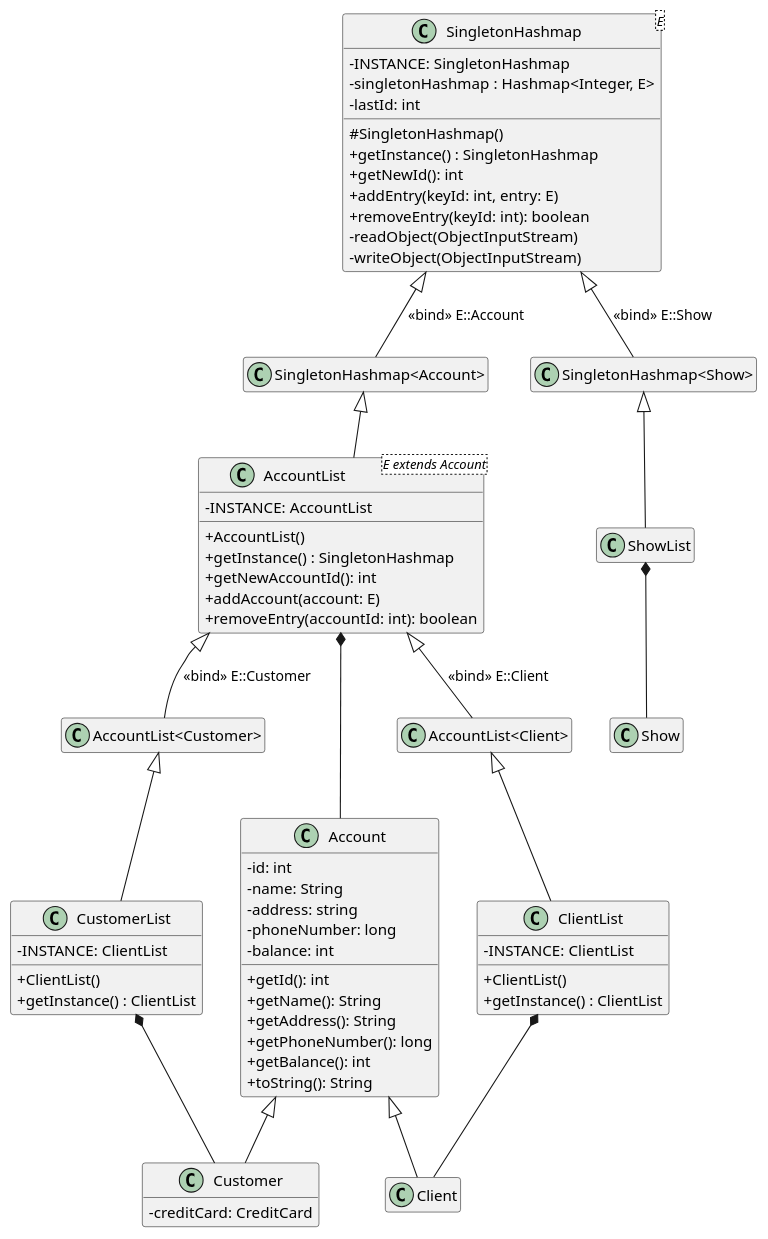
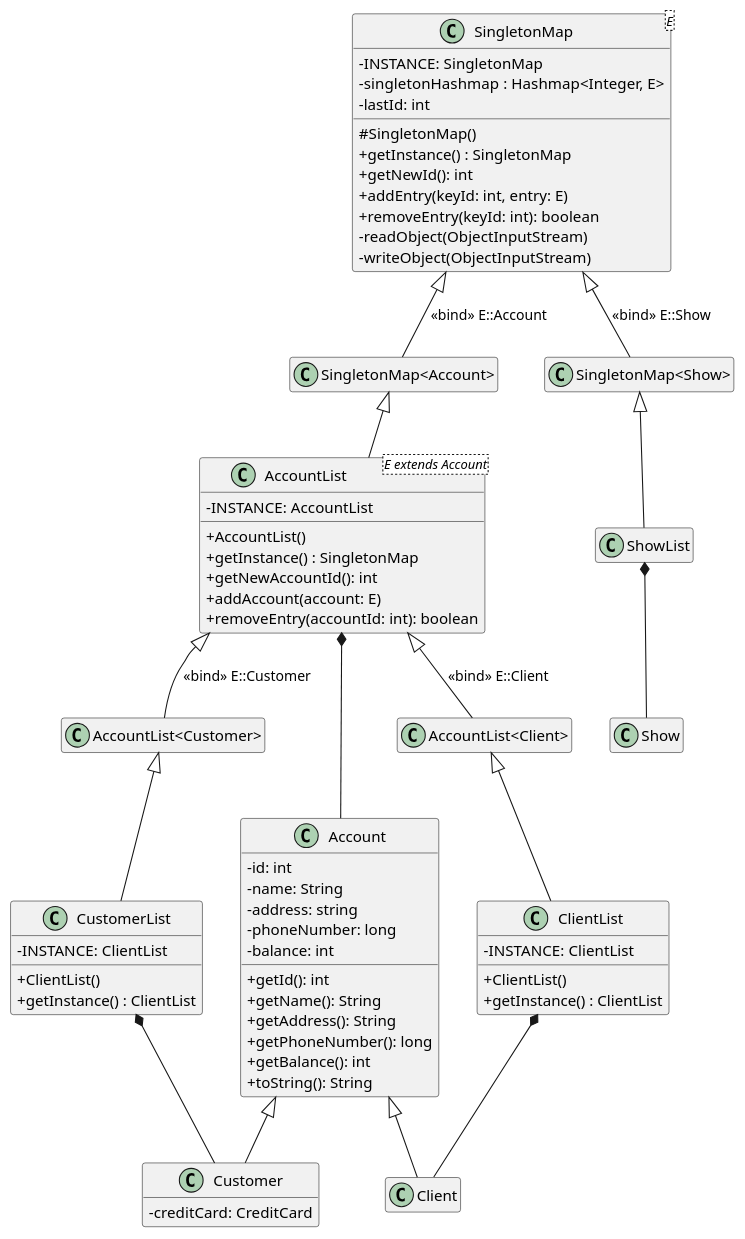
One commit to FreezeWarp/372Groupwork changed the diagram in src/UML.puml. Above: the diagram before and after it, drawn with PlantUML. The commit also changed 3 other files, not shown here.

First line of the commit message:
Rename SingletonHashmap to SingletonMap, rename various parameters and members

```diff
--- a/src/UML.puml
+++ b/src/UML.puml
@@ -1,75 +1,75 @@
 @startuml
 
 skinparam classAttributeIconSize 0
 hide empty members
 
-class SingletonHashmap<E> {
-    -INSTANCE: SingletonHashmap
+class SingletonMap<E> {
+    -INSTANCE: SingletonMap
     -singletonHashmap : Hashmap<Integer, E>
     -lastId: int
-    #SingletonHashmap()
-    +getInstance() : SingletonHashmap
+    #SingletonMap()
+    +getInstance() : SingletonMap
     +getNewId(): int
     +addEntry(keyId: int, entry: E)
     +removeEntry(keyId: int): boolean
     -readObject(ObjectInputStream)
     -writeObject(ObjectInputStream)
 }
 
 class AccountList<E extends Account> {
     -INSTANCE: AccountList
     +AccountList()
-    +getInstance() : SingletonHashmap
+    +getInstance() : SingletonMap
     +getNewAccountId(): int
     +addAccount(account: E)
     +removeEntry(accountId: int): boolean
 }
 
 class ClientList {
     -INSTANCE: ClientList
     +ClientList()
     +getInstance() : ClientList
 }
 
 class CustomerList {
     -INSTANCE: ClientList
     +ClientList()
     +getInstance() : ClientList
 }
 
 class Account {
     -id: int
     -name: String
     -address: string
     -phoneNumber: long
     -balance: int
     +getId(): int
     +getName(): String
     +getAddress(): String
     +getPhoneNumber(): long
     +getBalance(): int
     +toString(): String
 }
 
 class Customer {
     -creditCard: CreditCard
 }
 
-SingletonHashmap <|-- "SingletonHashmap<Account>" : "«bind» E::Account"
-SingletonHashmap <|-- "SingletonHashmap<Show>" : "«bind» E::Show"
-"SingletonHashmap<Account>" <|-- AccountList
-"SingletonHashmap<Show>" <|-- ShowList
+SingletonMap <|-- "SingletonMap<Account>" : "«bind» E::Account"
+SingletonMap <|-- "SingletonMap<Show>" : "«bind» E::Show"
+"SingletonMap<Account>" <|-- AccountList
+"SingletonMap<Show>" <|-- ShowList
 AccountList <|-- "AccountList<Client>" : "«bind» E::Client"
 AccountList <|-- "AccountList<Customer>" : "«bind» E::Customer"
 "AccountList<Client>" <|-- ClientList
 "AccountList<Customer>" <|-- CustomerList
 
 Account <|-- Client
 Account <|-- Customer
 
 AccountList *-- Account
 ClientList *-- Client
 CustomerList *-- Customer
 ShowList *-- Show
 
 @enduml
```
